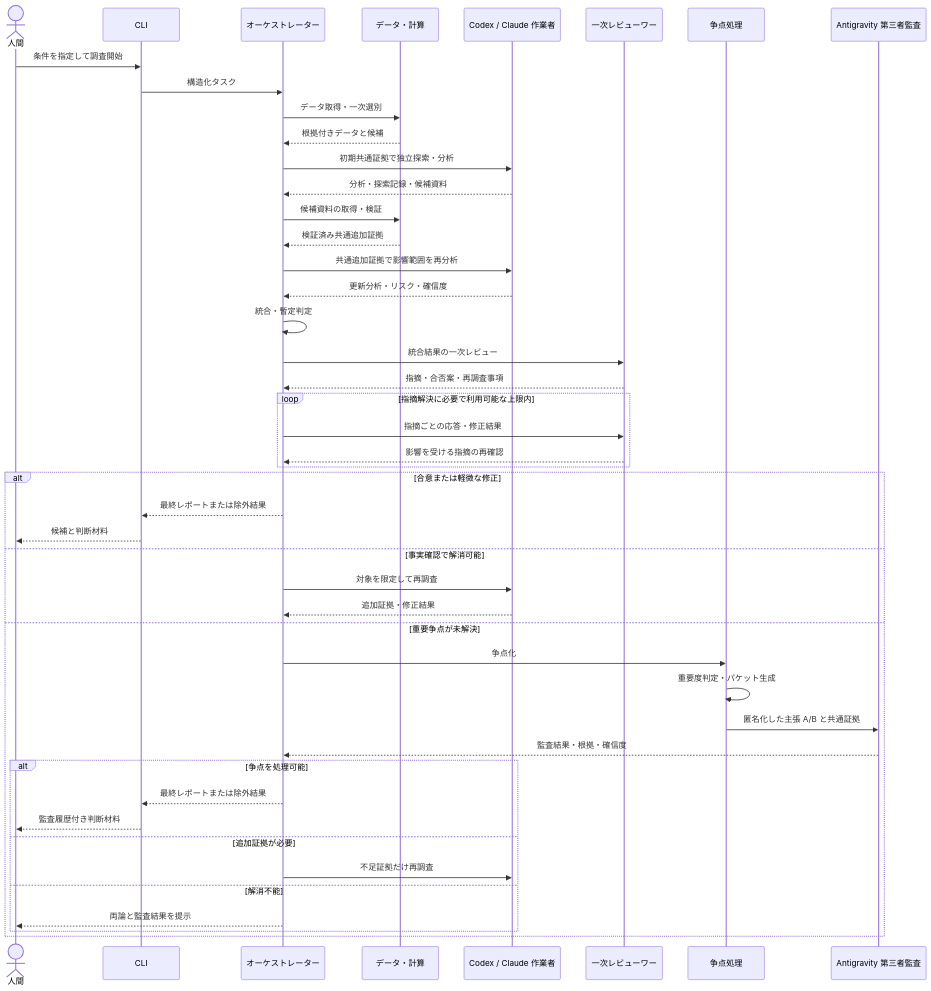
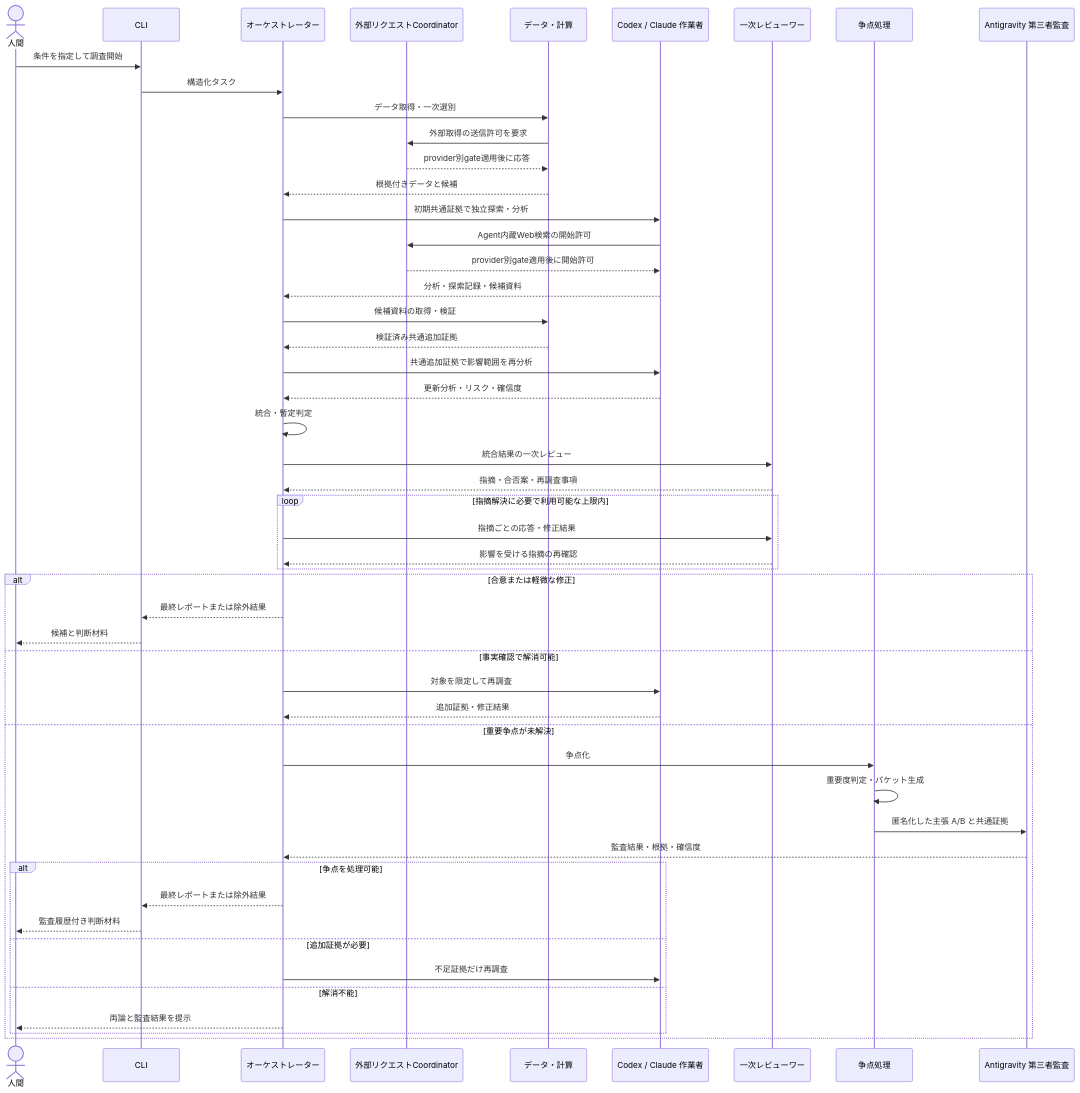
Before and after one commit to toike08D17012/system-trade-with-llm-orchestrator: the third of 7 diagrams in docs/design/03-stock-research-system-architecture.md, drawn with Mermaid. The commit also changed other lines of this file and 14 other files, not shown here.

````diff
--- a/docs/design/03-stock-research-system-architecture.md
+++ b/docs/design/03-stock-research-system-architecture.md
@@ -314,50 +324,55 @@
 ```mermaid
 sequenceDiagram
     actor Human as 人間
     participant CLI as CLI
     participant Orch as オーケストレーター
+    participant Coord as 外部リクエストCoordinator
     participant Data as データ・計算
     participant Workers as Codex / Claude 作業者
     participant Reviewer as 一次レビューワー
     participant Dispute as 争点処理
     participant Antigravity as Antigravity 第三者監査
 
     Human->>CLI: 条件を指定して調査開始
     CLI->>Orch: 構造化タスク
     Orch->>Data: データ取得・一次選別
+    Data->>Coord: 外部取得の送信許可を要求
+    Coord-->>Data: provider別gate適用後に応答
     Data-->>Orch: 根拠付きデータと候補
     Orch->>Workers: 初期共通証拠で独立探索・分析
+    Workers->>Coord: Agent内蔵Web検索の開始許可
+    Coord-->>Workers: provider別gate適用後に開始許可
     Workers-->>Orch: 分析・探索記録・候補資料
     Orch->>Data: 候補資料の取得・検証
     Data-->>Orch: 検証済み共通追加証拠
     Orch->>Workers: 共通追加証拠で影響範囲を再分析
     Workers-->>Orch: 更新分析・リスク・確信度
     Orch->>Orch: 統合・暫定判定
     Orch->>Reviewer: 統合結果の一次レビュー
     Reviewer-->>Orch: 指摘・合否案・再調査事項
     loop 指摘解決に必要で利用可能な上限内
         Orch->>Reviewer: 指摘ごとの応答・修正結果
         Reviewer-->>Orch: 影響を受ける指摘の再確認
     end
 
     alt 合意または軽微な修正
         Orch-->>CLI: 最終レポートまたは除外結果
         CLI-->>Human: 候補と判断材料
     else 事実確認で解消可能
         Orch->>Workers: 対象を限定して再調査
         Workers-->>Orch: 追加証拠・修正結果
     else 重要争点が未解決
         Orch->>Dispute: 争点化
         Dispute->>Dispute: 重要度判定・パケット生成
         Dispute->>Antigravity: 匿名化した主張 A/B と共通証拠
         Antigravity-->>Orch: 監査結果・根拠・確信度
         alt 争点を処理可能
             Orch-->>CLI: 最終レポートまたは除外結果
             CLI-->>Human: 監査履歴付き判断材料
         else 追加証拠が必要
             Orch->>Workers: 不足証拠だけ再調査
         else 解消不能
             Orch-->>Human: 両論と監査結果を提示
         end
     end
 ```
````
